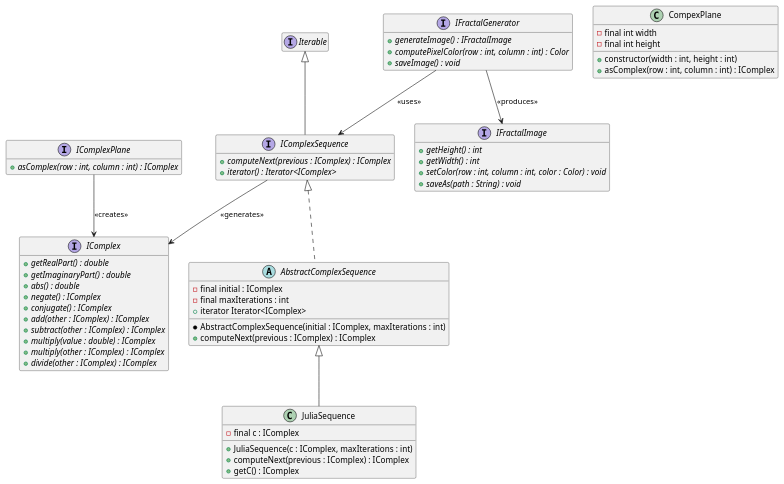
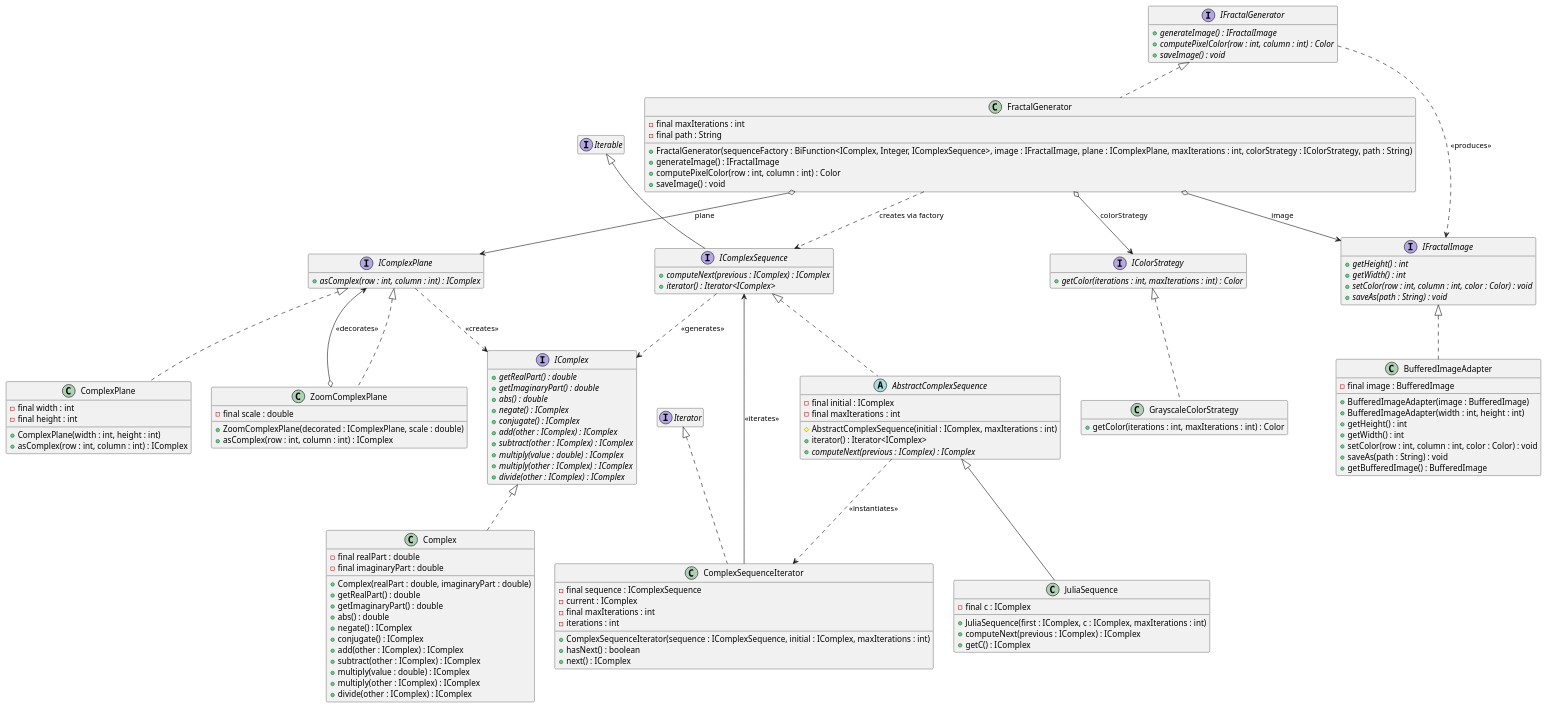
The diagram in README.md (ThibautVermersch/Fractalens), drawn with PlantUML before and after one commit.

Commit message:
Ajout des classes dans le diagramme de classe

````diff
--- a/README.md
+++ b/README.md
@@ -30,18 +30,41 @@
     + {abstract} divide(other : IComplex) : IComplex
 }
 
+class Complex implements IComplex {
+    - final realPart : double
+    - final imaginaryPart : double
+    + Complex(realPart : double, imaginaryPart : double)
+    + getRealPart() : double
+    + getImaginaryPart() : double
+    + abs() : double
+    + negate() : IComplex
+    + conjugate() : IComplex
+    + add(other : IComplex) : IComplex
+    + subtract(other : IComplex) : IComplex
+    + multiply(value : double) : IComplex
+    + multiply(other : IComplex) : IComplex
+    + divide(other : IComplex) : IComplex
+}
+
 interface IComplexPlane {
     + {abstract} asComplex(row : int, column : int) : IComplex
 }
 
-class CompexPlane {
-    - final int width
-    - final int height
-    + constructor(width : int, height : int) 
-    + asComplex(row : int, column : int) : IComplex 
+class ComplexPlane implements IComplexPlane {
+    - final width : int
+    - final height : int
+    + ComplexPlane(width : int, height : int)
+    + asComplex(row : int, column : int) : IComplex
 }
 
-IComplexPlane --> IComplex : << creates >>
+class ZoomComplexPlane implements IComplexPlane {
+    - final scale : double
+    + ZoomComplexPlane(decorated : IComplexPlane, scale : double)
+    + asComplex(row : int, column : int) : IComplex
+}
+
+ZoomComplexPlane o--> IComplexPlane : << decorates >>
+IComplexPlane ..> IComplex : << creates >>
 
 ' ----------------- '
 ' Complex Sequences '
@@ -52,7 +75,46 @@
     + {abstract} iterator() : Iterator<IComplex>
 }
 
-IComplexSequence --> IComplex : << generates >>
+abstract class AbstractComplexSequence implements IComplexSequence {
+    - final initial : IComplex
+    - final maxIterations : int
+    # AbstractComplexSequence(initial : IComplex, maxIterations : int)
+    + iterator() : Iterator<IComplex>
+    + {abstract} computeNext(previous : IComplex) : IComplex
+}
+
+class JuliaSequence extends AbstractComplexSequence {
+    - final c : IComplex
+    + JuliaSequence(first : IComplex, c : IComplex, maxIterations : int)
+    + computeNext(previous : IComplex) : IComplex
+    + getC() : IComplex
+}
+
+class ComplexSequenceIterator implements Iterator<IComplex> {
+    - final sequence : IComplexSequence
+    - current : IComplex
+    - final maxIterations : int
+    - iterations : int
+    + ComplexSequenceIterator(sequence : IComplexSequence, initial : IComplex, maxIterations : int)
+    + hasNext() : boolean
+    + next() : IComplex
+}
+
+AbstractComplexSequence ..> ComplexSequenceIterator : << instantiates >>
+ComplexSequenceIterator --> IComplexSequence : << iterates >>
+IComplexSequence ..> IComplex : << generates >>
+
+' ---------------- '
+' Color Strategies '
+' ---------------- '
+
+interface IColorStrategy {
+    + {abstract} getColor(iterations : int, maxIterations : int) : Color
+}
+
+class GrayscaleColorStrategy implements IColorStrategy {
+    + getColor(iterations : int, maxIterations : int) : Color
+}
 
 ' -------------- '
 ' Image Handling '
@@ -65,6 +127,17 @@
     + {abstract} saveAs(path : String) : void
 }
 
+class BufferedImageAdapter implements IFractalImage {
+    - final image : BufferedImage
+    + BufferedImageAdapter(image : BufferedImage)
+    + BufferedImageAdapter(width : int, height : int)
+    + getHeight() : int
+    + getWidth() : int
+    + setColor(row : int, column : int, color : Color) : void
+    + saveAs(path : String) : void
+    + getBufferedImage() : BufferedImage
+}
+
 ' ------------------ '
 ' Fractal Generation '
 ' ------------------ '
@@ -75,23 +148,18 @@
     + {abstract} saveImage() : void
 }
 
-abstract class AbstractComplexSequence implements IComplexSequence {
-    - final initial : IComplex
+class FractalGenerator implements IFractalGenerator {
     - final maxIterations : int
-    * AbstractComplexSequence(initial : IComplex, maxIterations : int)
-    + iterator Iterator<IComplex>
-    + computeNext(previous : IComplex) : IComplex
+    - final path : String
+    + FractalGenerator(sequenceFactory : BiFunction<IComplex, Integer, IComplexSequence>, image : IFractalImage, plane : IComplexPlane, maxIterations : int, colorStrategy : IColorStrategy, path : String)
+    + generateImage() : IFractalImage
+    + computePixelColor(row : int, column : int) : Color
+    + saveImage() : void
 }
 
-Class JuliaSequence extends AbstractComplexSequence{
-    - final c : IComplex
-    + JuliaSequence(c : IComplex, maxIterations : int)
-    + computeNext(previous : IComplex) : IComplex
-    + getC() : IComplex
-}
-
-
-
-IFractalGenerator --> IFractalImage : << produces >>
-IFractalGenerator --> IComplexSequence : << uses >>
+FractalGenerator o--> IFractalImage : image
+FractalGenerator o--> IComplexPlane : plane
+FractalGenerator o--> IColorStrategy : colorStrategy
+FractalGenerator ..> IComplexSequence : creates via factory
+IFractalGenerator ..> IFractalImage : << produces >>
 ```
````
